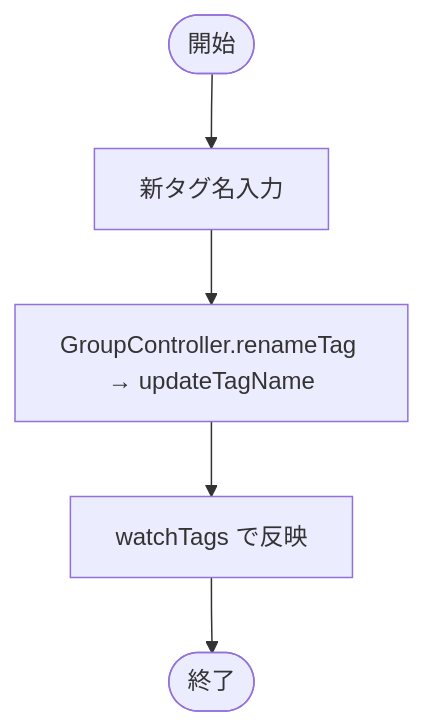
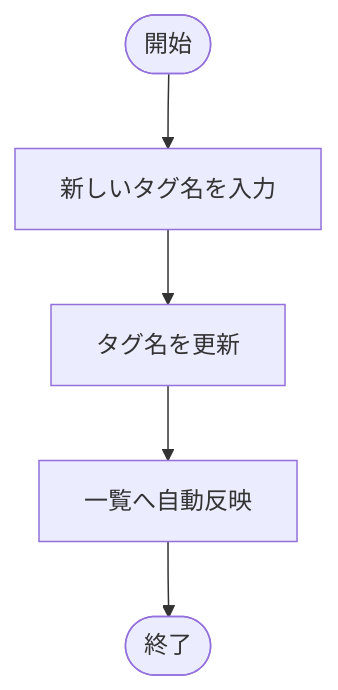
Diagram 16 of 28 in docs/内部設計/アクティビティ図.md (ekusy/shopping-list-app-flutter), drawn with Mermaid before and after one commit. The commit also changed other lines of this file, not shown here.

First line of the commit message:
docs: アクティビティ図を処理の流れ・分岐の説明に集中させて改稿

````diff
--- a/docs/内部設計/アクティビティ図.md
+++ b/docs/内部設計/アクティビティ図.md
@@ -283,7 +260,7 @@
 ```mermaid
 flowchart TD
-    S([開始]) --> IN[新タグ名入力]
-    IN --> C[GroupController.renameTag → updateTagName]
-    C --> OK[watchTags で反映]
+    S([開始]) --> IN[新しいタグ名を入力]
+    IN --> UPD[タグ名を更新]
+    UPD --> OK[一覧へ自動反映]
     OK --> E([終了])
 ```
````
